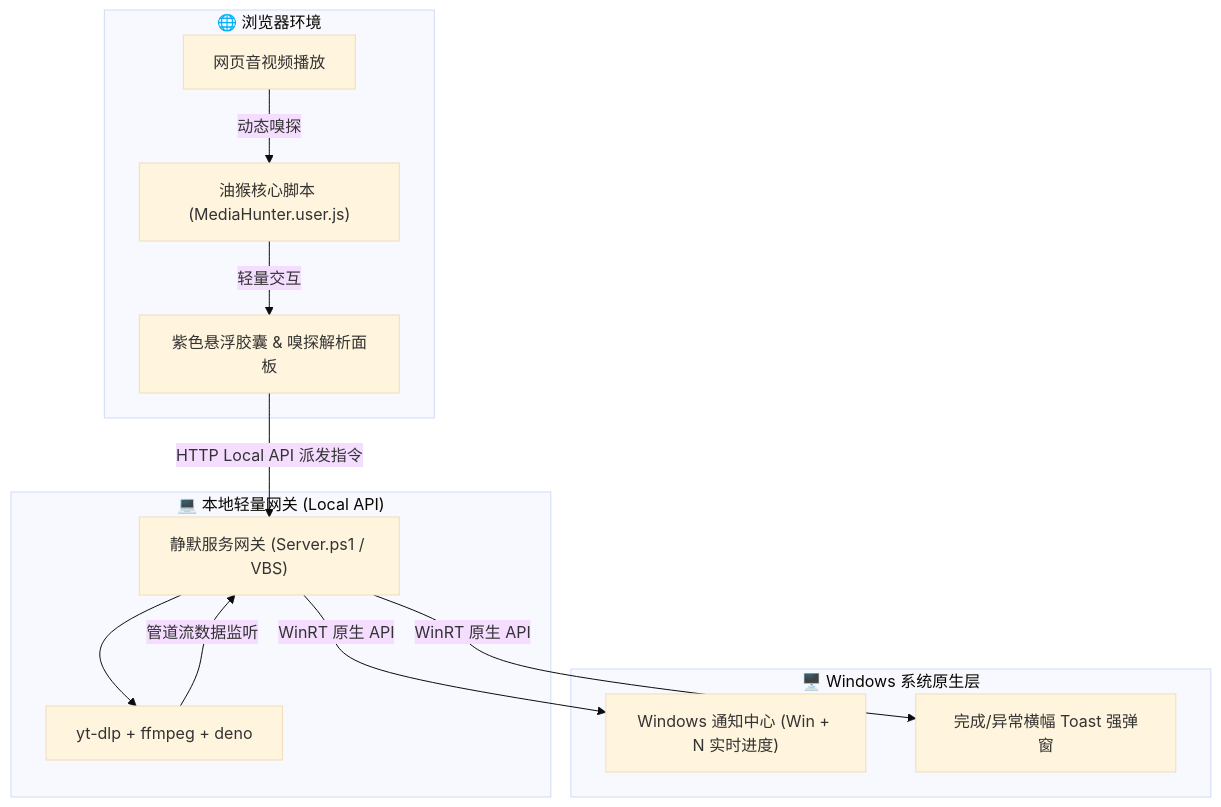
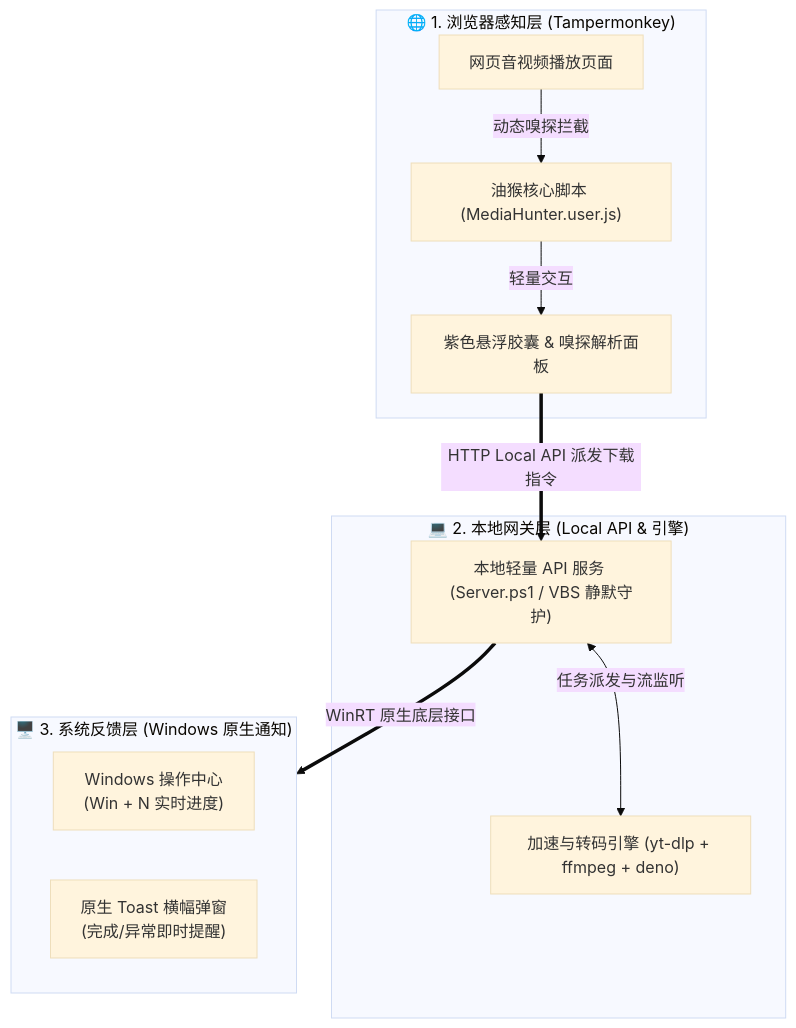
Before and after one commit to yudong2ao/yudong2ao.github.io: the diagram in src/content/posts/media-hunter.md, drawn with Mermaid (base theme). The commit also changed 4 other files, not shown here.

Commit message:
feat: 优化流程图排版与集成全屏交互式缩放灯箱

````diff
--- a/src/content/posts/media-hunter.md
+++ b/src/content/posts/media-hunter.md
@@ -48,23 +48,22 @@
 ```mermaid
 flowchart TD
-    subgraph Browser ["🌐 浏览器环境"]
-        Page["网页音视频播放"] --> |动态嗅探| Hook["油猴核心脚本 (MediaHunter.user.js)"]
+    subgraph Browser ["🌐 1. 浏览器感知层 (Tampermonkey)"]
+        Page["网页音视频播放页面"] --> |动态嗅探拦截| Hook["油猴核心脚本 (MediaHunter.user.js)"]
         Hook --> |轻量交互| UI["紫色悬浮胶囊 & 嗅探解析面板"]
     end
 
-    subgraph LocalGateway ["💻 本地轻量网关 (Local API)"]
-        Server["静默服务网关 (Server.ps1 / VBS)"]
-        Engine["yt-dlp + ffmpeg + deno"]
-        Server --> Engine
+    subgraph LocalGateway ["💻 2. 本地网关层 (Local API & 引擎)"]
+        Server["本地轻量 API 服务 (Server.ps1 / VBS 静默守护)"]
+        Engine["加速与转码引擎 (yt-dlp + ffmpeg + deno)"]
+        Server <--> |任务派发与流监听| Engine
     end
 
-    subgraph SystemUI ["🖥️ Windows 系统原生层"]
-        ActionCenter["Windows 通知中心 (Win + N 实时进度)"]
-        Toast["完成/异常横幅 Toast 强弹窗"]
+    subgraph SystemUI ["🖥️ 3. 系统反馈层 (Windows 原生通知)"]
+        direction LR
+        ActionCenter["Windows 操作中心<br/>(Win + N 实时进度)"]
+        Toast["原生 Toast 横幅弹窗<br/>(完成/异常即时提醒)"]
     end
 
-    UI --> |HTTP Local API 派发指令| Server
-    Engine --> |管道流数据监听| Server
-    Server --> |WinRT 原生 API| ActionCenter
-    Server --> |WinRT 原生 API| Toast
+    UI ==> |HTTP Local API 派发下载指令| Server
+    Server ==> |WinRT 原生底层接口| SystemUI
 ```
````
